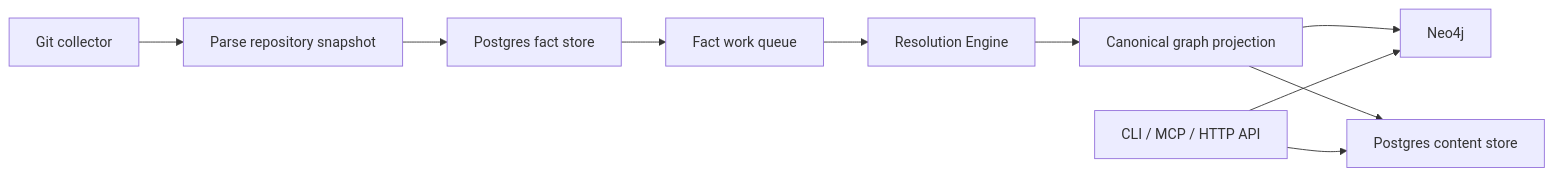
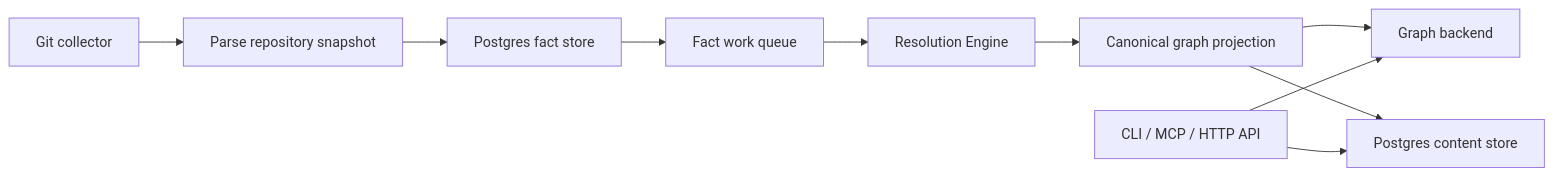
The diagram in README.md (platformcontext/platform-context-graph), drawn with Mermaid before and after one commit. The commit also changed other lines of this file and 90 other files, not shown here.

````diff
--- a/README.md
+++ b/README.md
@@ -139,12 +141,12 @@
 ```mermaid
 flowchart LR
   A["Git collector"] --> B["Parse repository snapshot"]
   B --> C["Postgres fact store"]
   C --> D["Fact work queue"]
   D --> E["Resolution Engine"]
   E --> F["Canonical graph projection"]
-  F --> G["Neo4j"]
+  F --> G["Graph backend"]
   F --> H["Postgres content store"]
   I["CLI / MCP / HTTP API"] --> G
   I --> H
 ```
````
